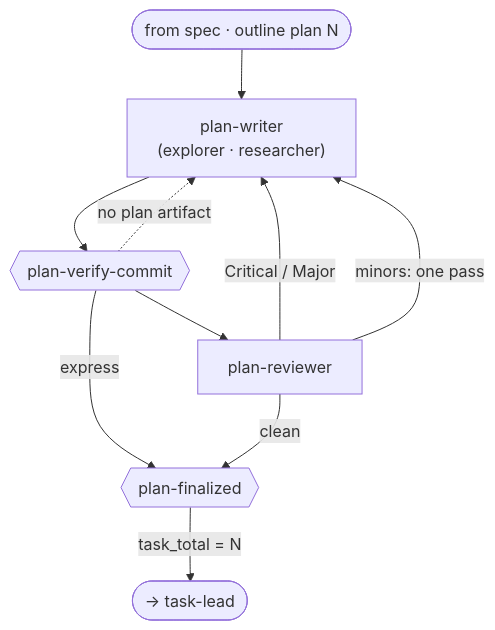
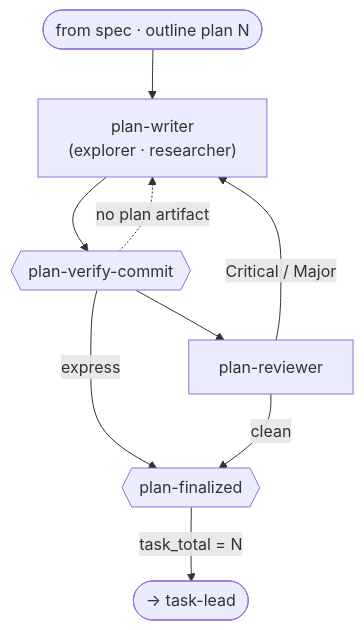
One commit to jpoimboe/imp changed the tenth of 13 diagrams in docs/internals/architecture.md. Above: the diagram before and after it, drawn with Mermaid. The commit also changed other lines of this file and 1 other file, not shown here.

First line of the commit message:
docs: retire the minors pass from the spec and plan review diagrams

````diff
--- a/docs/internals/architecture.md
+++ b/docs/internals/architecture.md
@@ -212,12 +214,11 @@
 ```mermaid
 flowchart TD
   in([from spec · outline plan N]) --> PW["plan-writer<br/>(explorer · researcher)"]
   PW --> PVC{{"plan-verify-commit"}}
   PVC -. "no plan artifact" .-> PW
   PVC -->|express| PF
   PVC --> PR["plan-reviewer"]
   PR -->|"Critical / Major"| PW
-  PR -->|"minors: one pass"| PW
   PR -->|clean| PF{{"plan-finalized"}}
   PF -->|"task_total = N"| out([→ task-lead])
 ```
````
